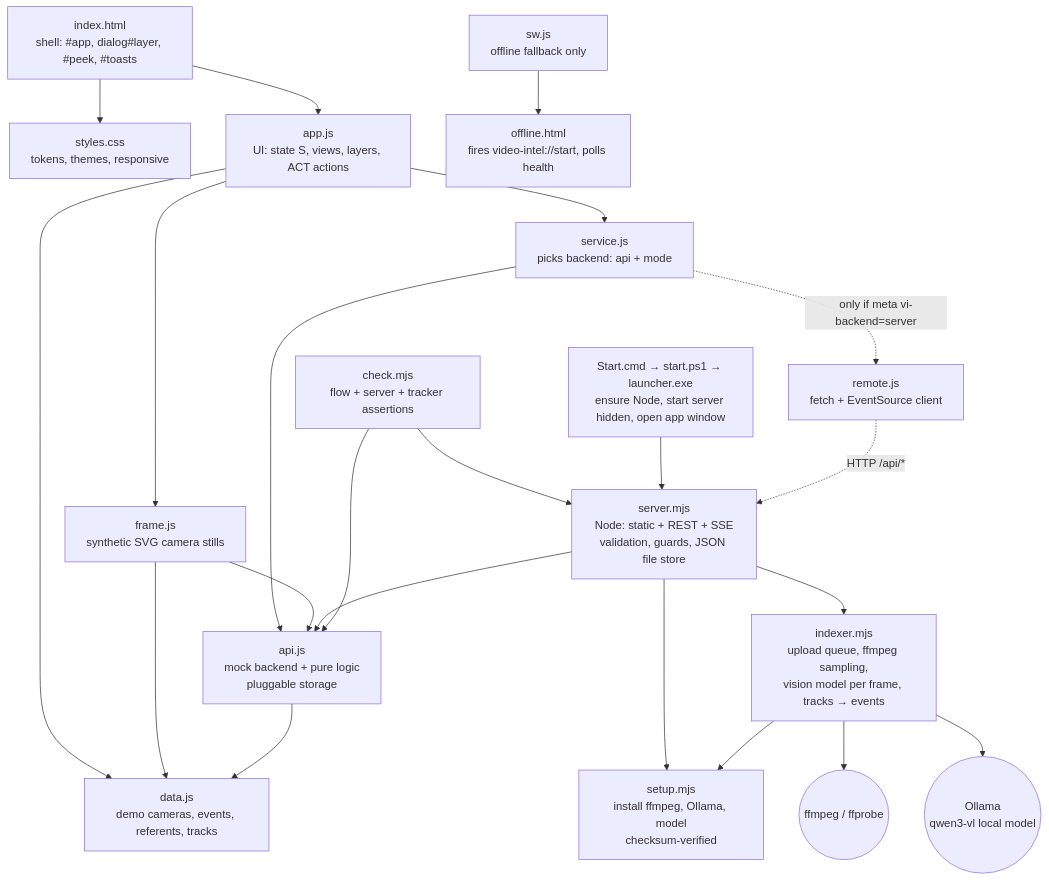
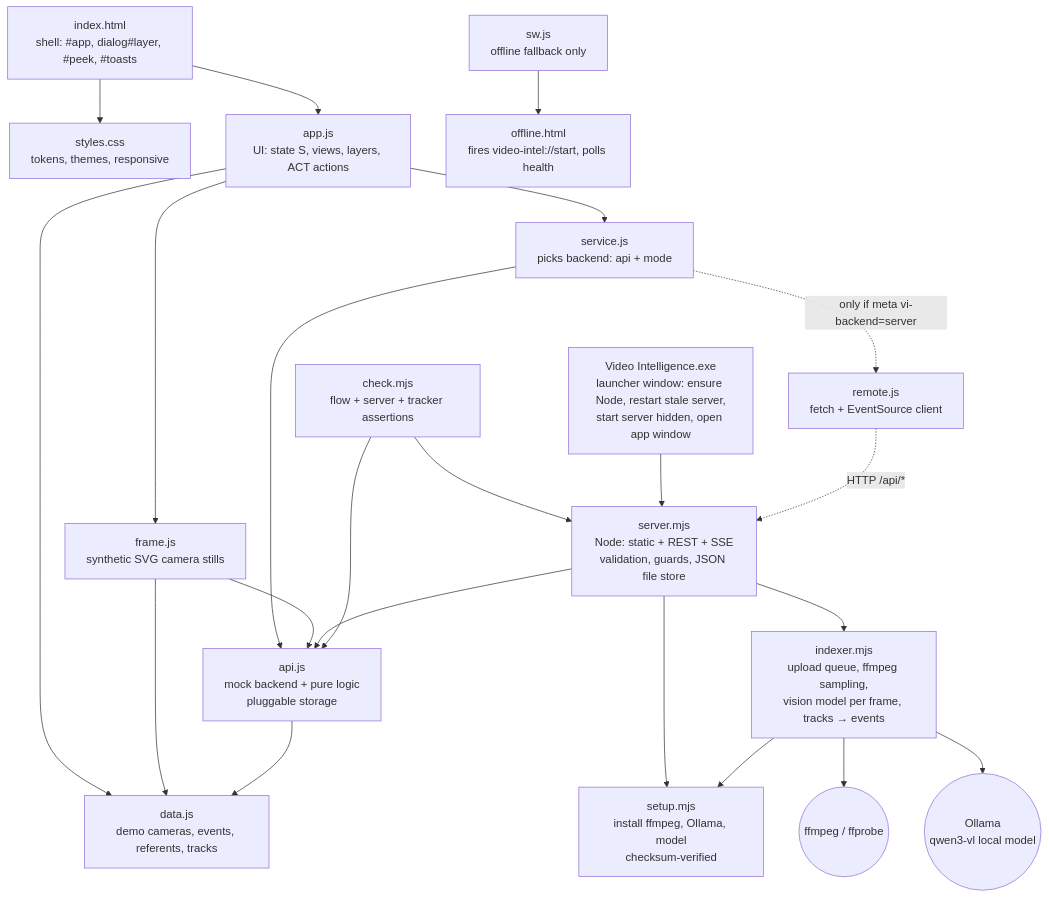
One commit to NoelMS/video-intel changed the first of 8 diagrams in ARCHITECTURE.md. Above: the diagram before and after it, drawn with Mermaid. The commit also changed 2 other files, not shown here.

Commit message:
Docs: launcher window, stale server fix, setup dialog

````diff
--- a/ARCHITECTURE.md
+++ b/ARCHITECTURE.md
@@ -7,42 +7,42 @@
 ```mermaid
 graph TD
   index[index.html<br/>shell: #app, dialog#layer, #peek, #toasts]
   styles[styles.css<br/>tokens, themes, responsive]
   app[app.js<br/>UI: state S, views, layers, ACT actions]
   service[service.js<br/>picks backend: api + mode]
   api[api.js<br/>mock backend + pure logic<br/>pluggable storage]
   remote[remote.js<br/>fetch + EventSource client]
   frame[frame.js<br/>synthetic SVG camera stills]
   data[data.js<br/>demo cameras, events, referents, tracks]
   server[server.mjs<br/>Node: static + REST + SSE<br/>validation, guards, JSON file store]
   indexer[indexer.mjs<br/>upload queue, ffmpeg sampling,<br/>vision model per frame, tracks → events]
   setup[setup.mjs<br/>install ffmpeg, Ollama, model<br/>checksum-verified]
   ollama((Ollama<br/>qwen3-vl local model))
   ffmpeg((ffmpeg / ffprobe))
   check[check.mjs<br/>flow + server + tracker assertions]
   sw[sw.js<br/>offline fallback only]
   offline[offline.html<br/>fires video-intel://start, polls health]
-  launcher[Start.cmd → start.ps1 → launcher.exe<br/>ensure Node, start server hidden, open app window]
+  launcher[Video Intelligence.exe<br/>launcher window: ensure Node, restart stale server,<br/>start server hidden, open app window]
 
   index --> styles
   index --> app
   app --> service
   app --> frame
   app --> data
   service --> api
   service -. "only if meta vi-backend=server" .-> remote
   frame --> api
   frame --> data
   api --> data
   server --> api
   server --> indexer
   server --> setup
   indexer --> setup
   indexer --> ffmpeg
   indexer --> ollama
   check --> api
   check --> server
   sw --> offline
   launcher --> server
   remote -. "HTTP /api/*" .-> server
 ```
````
